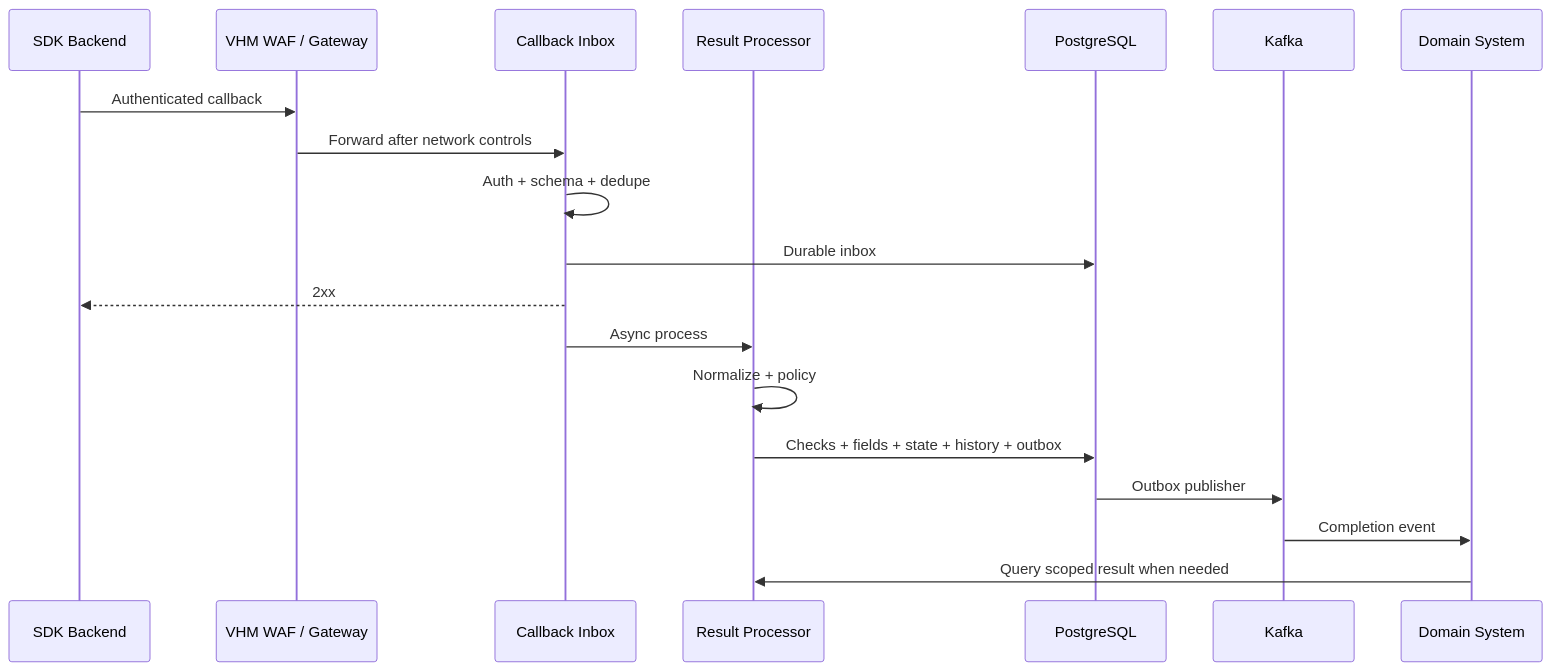
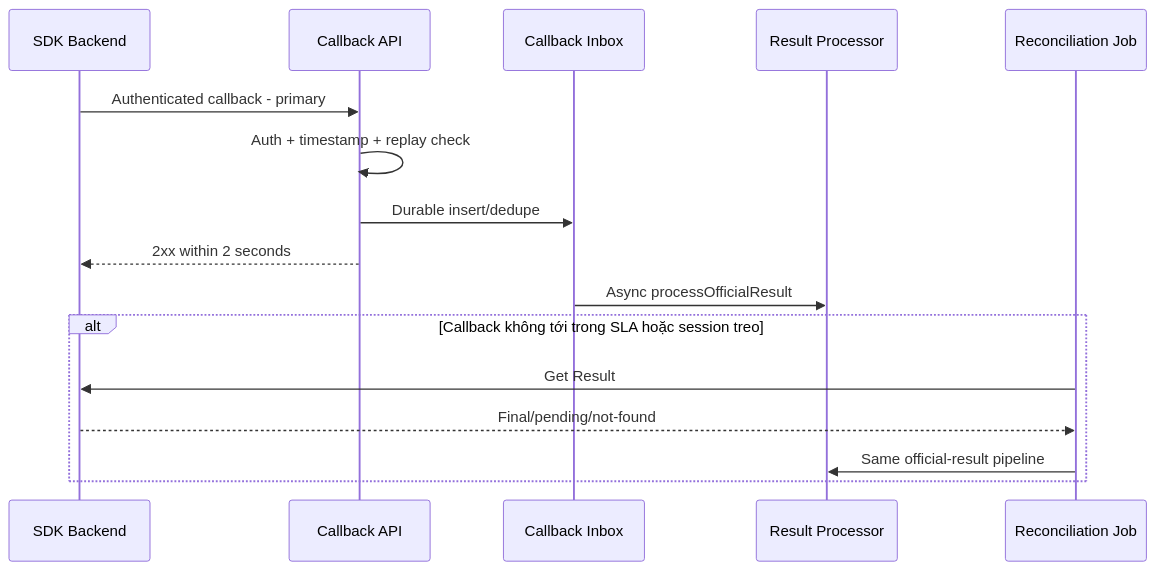
Before and after one commit to huynv-xyz/vhm: the sixth of 6 diagrams in tdd2.md, drawn with Mermaid. The commit also changed other lines of this file, not shown here.

````diff
--- a/tdd2.md
+++ b/tdd2.md
@@ -2065,21 +305,18 @@
 ```mermaid
 sequenceDiagram
-    participant PROVIDER as SDK Backend
-    participant GW as VHM WAF / Gateway
+    participant BACKEND as SDK Backend
+    participant CALLBACK as Callback API
     participant INBOX as Callback Inbox
     participant PROCESSOR as Result Processor
-    participant PG as PostgreSQL
-    participant K as Kafka
-    participant DOMAIN as Domain System
-    PROVIDER->>GW: Authenticated callback
-    GW->>INBOX: Forward after network controls
-    INBOX->>INBOX: Auth + schema + dedupe
-    INBOX->>PG: Durable inbox
-    INBOX-->>PROVIDER: 2xx
-    INBOX->>PROCESSOR: Async process
-    PROCESSOR->>PROCESSOR: Normalize + policy
-    PROCESSOR->>PG: Checks + fields + state + history + outbox
-    PG->>K: Outbox publisher
-    K->>DOMAIN: Completion event
-    DOMAIN->>PROCESSOR: Query scoped result when needed
+    participant JOB as Reconciliation Job
+    BACKEND->>CALLBACK: Authenticated callback - primary
+    CALLBACK->>CALLBACK: Auth + timestamp + replay check
+    CALLBACK->>INBOX: Durable insert/dedupe
+    CALLBACK-->>BACKEND: 2xx within 2 seconds
+    INBOX->>PROCESSOR: Async processOfficialResult
+    alt Callback không tới trong SLA hoặc session treo
+        JOB->>BACKEND: Get Result
+        BACKEND-->>JOB: Final/pending/not-found
+        JOB->>PROCESSOR: Same official-result pipeline
+    end
 ```
````
